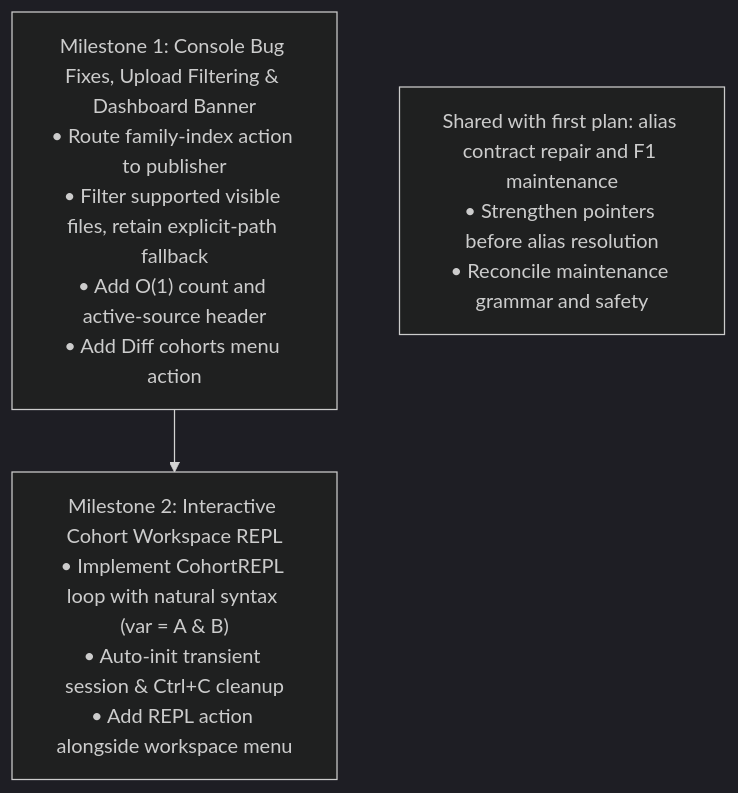
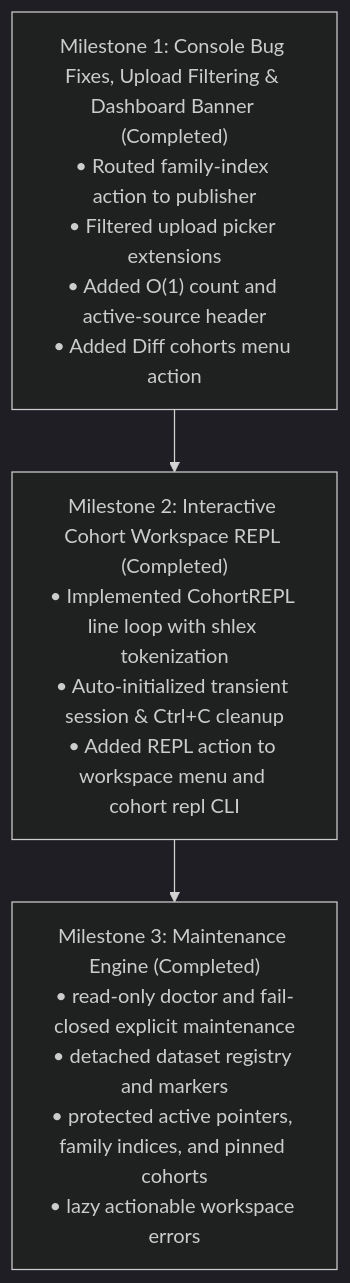
The diagram in roadmap/cohort/followup_plan2.md (DerivedFunction01/edgar-sec), drawn with Mermaid (dark theme) before and after one commit. The commit also changed other lines of this file and 15 other files, not shown here.

Commit message:
feat: add maintenance and diagnostic tooling for cohort storage and pipelines

````diff
--- a/roadmap/cohort/followup_plan2.md
+++ b/roadmap/cohort/followup_plan2.md
@@ -288,8 +332,8 @@
 ```mermaid
 flowchart TD
-    M1["Milestone 1: Console Bug Fixes, Upload Filtering & Dashboard Banner\n• Route family-index action to publisher\n• Filter supported visible files, retain explicit-path fallback\n• Add O(1) count and active-source header\n• Add Diff cohorts menu action"]
-    M2["Milestone 2: Interactive Cohort Workspace REPL\n• Implement CohortREPL loop with natural syntax (var = A & B)\n• Auto-init transient session & Ctrl+C cleanup\n• Add REPL action alongside workspace menu"]
-    M3["Shared with first plan: alias contract repair and F1 maintenance\n• Strengthen pointers before alias resolution\n• Reconcile maintenance grammar and safety"]
+    M1["Milestone 1: Console Bug Fixes, Upload Filtering & Dashboard Banner (Completed)\n• Routed family-index action to publisher\n• Filtered upload picker extensions\n• Added O(1) count and active-source header\n• Added Diff cohorts menu action"]
+    M2["Milestone 2: Interactive Cohort Workspace REPL (Completed)\n• Implemented CohortREPL line loop with shlex tokenization\n• Auto-initialized transient session & Ctrl+C cleanup\n• Added REPL action to workspace menu and cohort repl CLI"]
+    M3["Milestone 3: Maintenance Engine (Completed)\n• read-only doctor and fail-closed explicit maintenance\n• detached dataset registry and markers\n• protected active pointers, family indices, and pinned cohorts\n• lazy actionable workspace errors"]
 
-    M1 --> M2
+    M1 --> M2 --> M3
 ```
````
